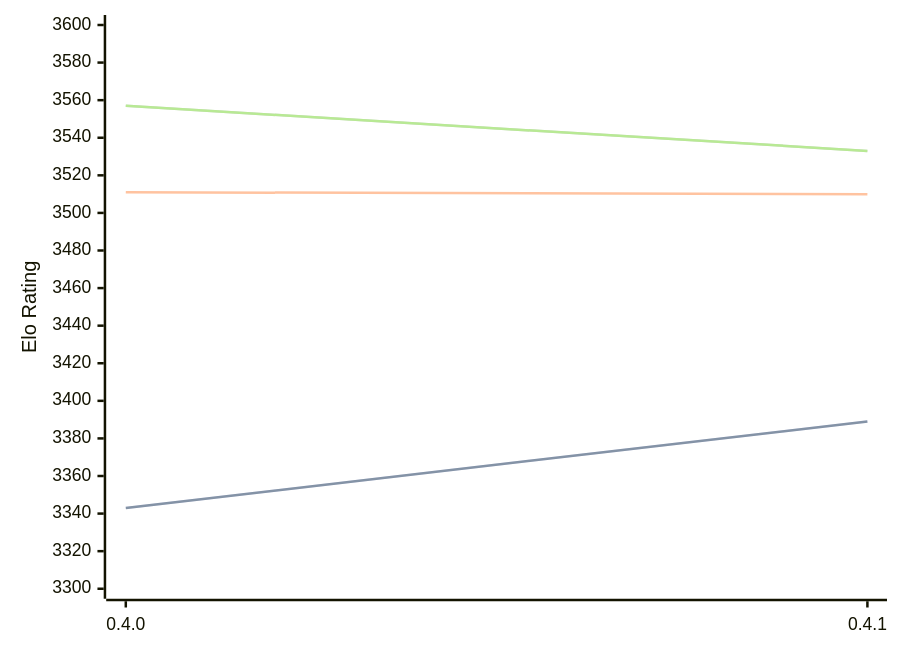
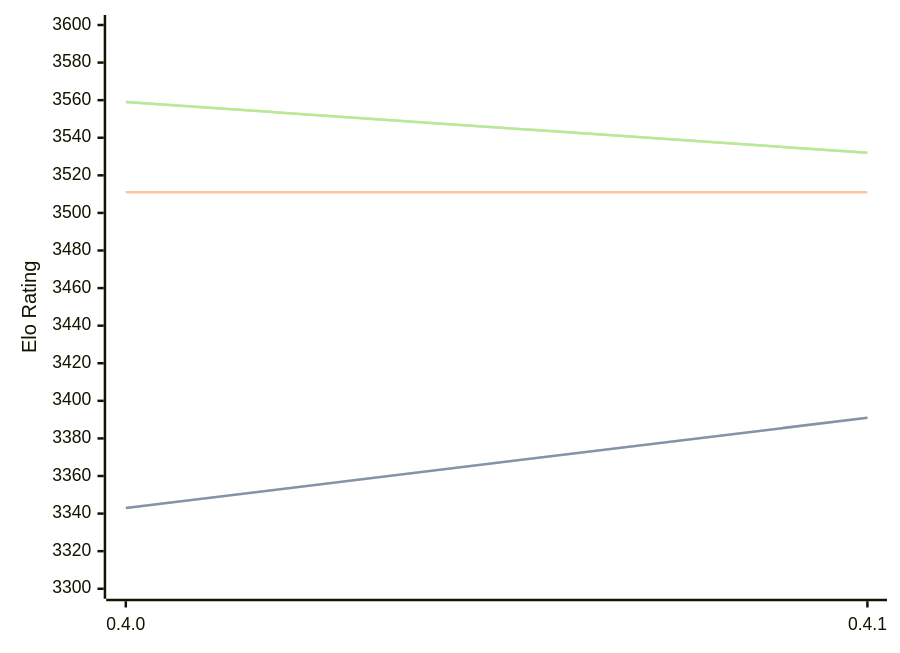
One commit to computer-chess-index/cci changed the diagram in engines/Cinder.md. Above: the diagram before and after it, drawn with Mermaid. The commit also changed other lines of this file, not shown here.

Commit message:
Update CCI Ratings (ELO VLTC) - 2026-02-15

````diff
--- a/engines/Cinder.md
+++ b/engines/Cinder.md
@@ -37,11 +37,11 @@
 ```mermaid
 %%{init: {"theme":"base","themeVariables":{"seriesColors:['#a3a3a3','#222221','#faa371']}}}%%
 xychart-beta
   x-axis ["0.4.0", "0.4.1"]
   y-axis "Elo Rating" 3300 --> 3600
-  line "STC (8.0+0.08s)" [3343, 3389]
-  line "STC (8.0+0.08s)" [3343, 3389]
-  line "LTC (60.0+0.60s)" [3511, 3510]
-  line "VLTC (2m24s+1.12s)" [3557, 3533]
-  line "VLTC (2m24s+1.12s)" [3557, 3533]
+  line "STC (8.0+0.08s)" [3343, 3391]
+  line "STC (8.0+0.08s)" [3343, 3391]
+  line "LTC (60.0+0.60s)" [3511, 3511]
+  line "VLTC (2m24s+1.12s)" [3559, 3532]
+  line "VLTC (2m24s+1.12s)" [3559, 3532]
 ```
````
